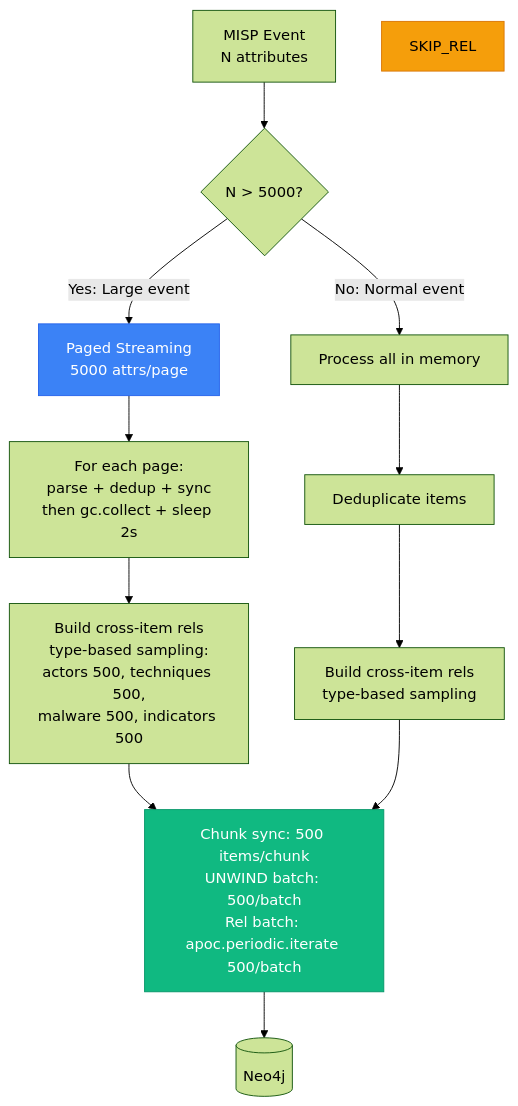
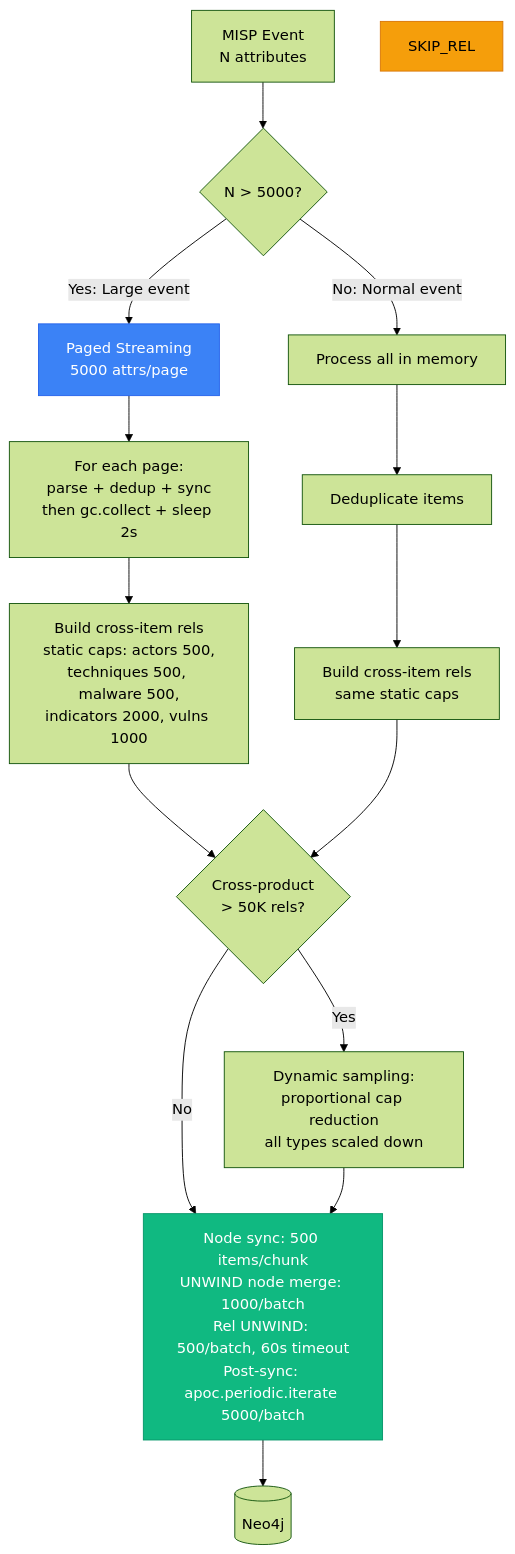
One commit to Kopanov/EdgeGuard-Knowledge-Graph changed the seventh of 8 diagrams in docs/ARCHITECTURE_DIAGRAMS.md. Above: the diagram before and after it, drawn with Mermaid (forest theme). The commit also changed other lines of this file, not shown here.

First line of the commit message:
docs: fix architecture diagrams to match actual code flow

````diff
--- a/docs/ARCHITECTURE_DIAGRAMS.md
+++ b/docs/ARCHITECTURE_DIAGRAMS.md
@@ -222,20 +222,23 @@
 ```mermaid
 flowchart TD
     EVENT[MISP Event<br/>N attributes] --> CHECK{N > 5000?}
 
     CHECK -->|Yes: Large event| PAGED[Paged Streaming<br/>5000 attrs/page]
     CHECK -->|No: Normal event| NORMAL[Process all in memory]
 
     PAGED --> PAGE_LOOP[For each page:<br/>parse + dedup + sync<br/>then gc.collect + sleep 2s]
-    PAGE_LOOP --> BUILD_REL_P[Build cross-item rels<br/>type-based sampling:<br/>actors 500, techniques 500,<br/>malware 500, indicators 500]
+    PAGE_LOOP --> BUILD_REL_P[Build cross-item rels<br/>static caps: actors 500,<br/>techniques 500, malware 500,<br/>indicators 2000, vulns 1000]
 
     NORMAL --> DEDUP_N[Deduplicate items]
-    DEDUP_N --> BUILD_REL_N[Build cross-item rels<br/>type-based sampling]
+    DEDUP_N --> BUILD_REL_N[Build cross-item rels<br/>same static caps]
 
-    BUILD_REL_P & BUILD_REL_N --> CHUNK[Chunk sync: 500 items/chunk<br/>UNWIND batch: 500/batch<br/>Rel batch: apoc.periodic.iterate 500/batch]
+    BUILD_REL_P & BUILD_REL_N --> DYN{Cross-product<br/>> 50K rels?}
+    DYN -->|Yes| REDUCE[Dynamic sampling:<br/>proportional cap reduction<br/>all types scaled down]
+    DYN -->|No| CHUNK
+    REDUCE --> CHUNK[Node sync: 500 items/chunk<br/>UNWIND node merge: 1000/batch<br/>Rel UNWIND: 500/batch, 60s timeout<br/>Post-sync: apoc.periodic.iterate 5000/batch]
     CHUNK --> NEO4J[(Neo4j)]
 
     style PAGED fill:#3b82f6,stroke:#2563eb,color:#fff
     style SKIP_REL fill:#f59e0b,stroke:#d97706,color:#000
     style CHUNK fill:#10b981,stroke:#059669,color:#fff
 ```
````
